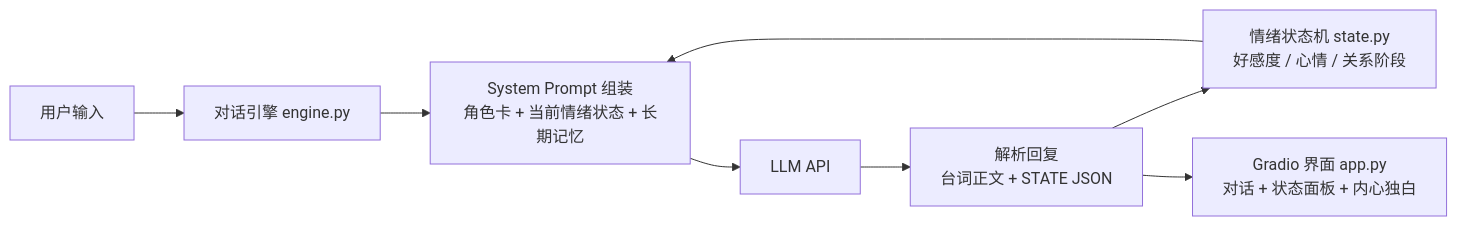
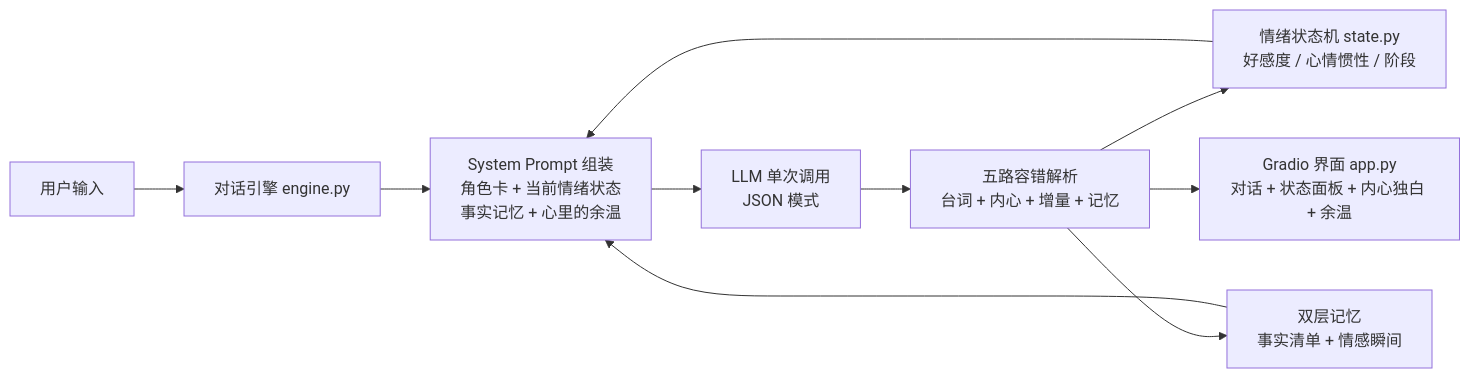
Before and after one commit to xinaijian/haibara-ai: the diagram in README.md, drawn with Mermaid. The commit also changed other lines of this file, not shown here.

Commit message:
docs: 更新 README（演示模式说明与截图）

````diff
--- a/README.md
+++ b/README.md
@@ -19,10 +19,12 @@
 ```mermaid
 flowchart LR
     U[用户输入] --> E[对话引擎 engine.py]
-    E --> P["System Prompt 组装<br>角色卡 + 当前情绪状态 + 长期记忆"]
-    P --> L[LLM API]
-    L --> R["解析回复<br>台词正文 + STATE JSON"]
-    R --> S["情绪状态机 state.py<br>好感度 / 心情 / 关系阶段"]
-    R --> UI["Gradio 界面 app.py<br>对话 + 状态面板 + 内心独白"]
+    E --> P["System Prompt 组装<br>角色卡 + 当前情绪状态<br>事实记忆 + 心里的余温"]
+    P --> L["LLM 单次调用<br>JSON 模式"]
+    L --> R["五路容错解析<br>台词 + 内心 + 增量 + 记忆"]
+    R --> S["情绪状态机 state.py<br>好感度 / 心情惯性 / 阶段"]
+    R --> M["双层记忆<br>事实清单 + 情感瞬间"]
+    R --> UI["Gradio 界面 app.py<br>对话 + 状态面板 + 内心独白 + 余温"]
     S --> P
+    M --> P
 ```
````
